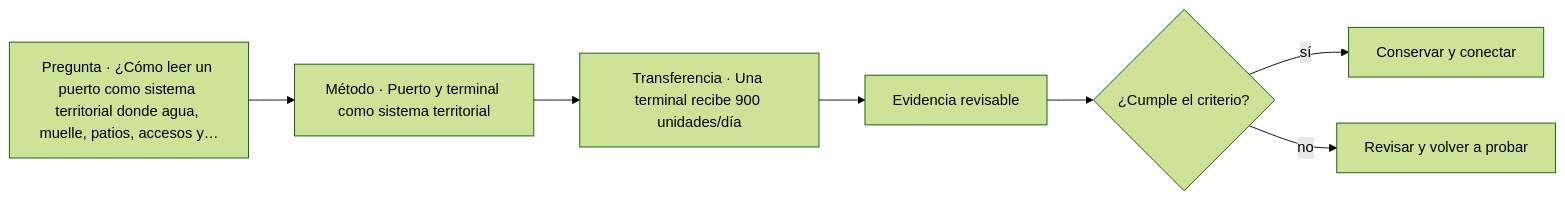
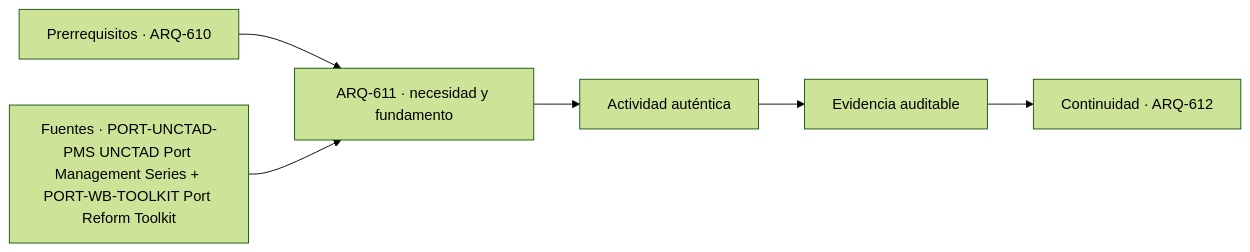
One commit to vladimiracunadev-create/architecture-built-environment-learning-program changed the diagram in classes/parte-62/ARQ-611.md. Above: the diagram before and after it, drawn with Mermaid (forest theme). The commit also changed other lines of this file and 761 other files, not shown here.

````diff
--- a/classes/parte-62/ARQ-611.md
+++ b/classes/parte-62/ARQ-611.md
@@ -111,9 +123,8 @@
 ```mermaid
 flowchart LR
-    Q["Pregunta · ¿Cómo leer un puerto como sistema territorial donde agua, muelle, patios, accesos y…"] --> M["Método · Puerto y terminal como sistema territorial"]
-    M --> P["Transferencia · Una terminal recibe 900 unidades/día"]
-    P --> E["Evidencia revisable"]
-    E --> C{"¿Cumple el criterio?"}
-    C -->|sí| T["Conservar y conectar"]
-    C -->|no| R["Revisar y volver a probar"]
+    A["Prerrequisitos · ARQ-610"] --> B["ARQ-611 · necesidad y fundamento"]
+    S["Fuentes · PORT-UNCTAD-PMS UNCTAD Port Management Series + PORT-WB-TOOLKIT Port Reform Toolkit"] --> B
+    B --> C["Actividad auténtica"]
+    C --> D["Evidencia auditable"]
+    D --> E["Continuidad · ARQ-612"]
 ```
````
